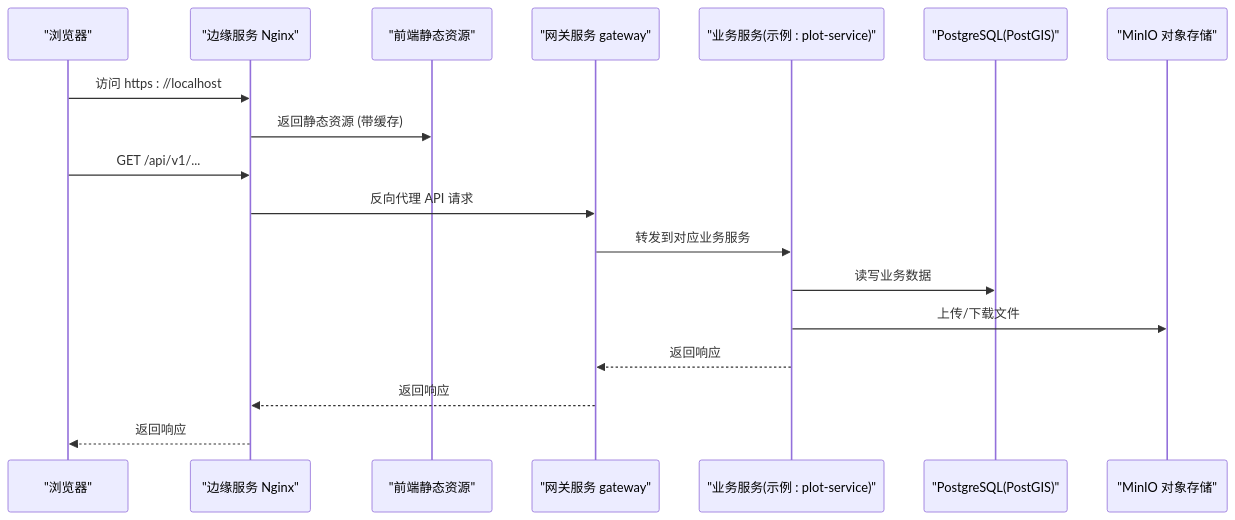
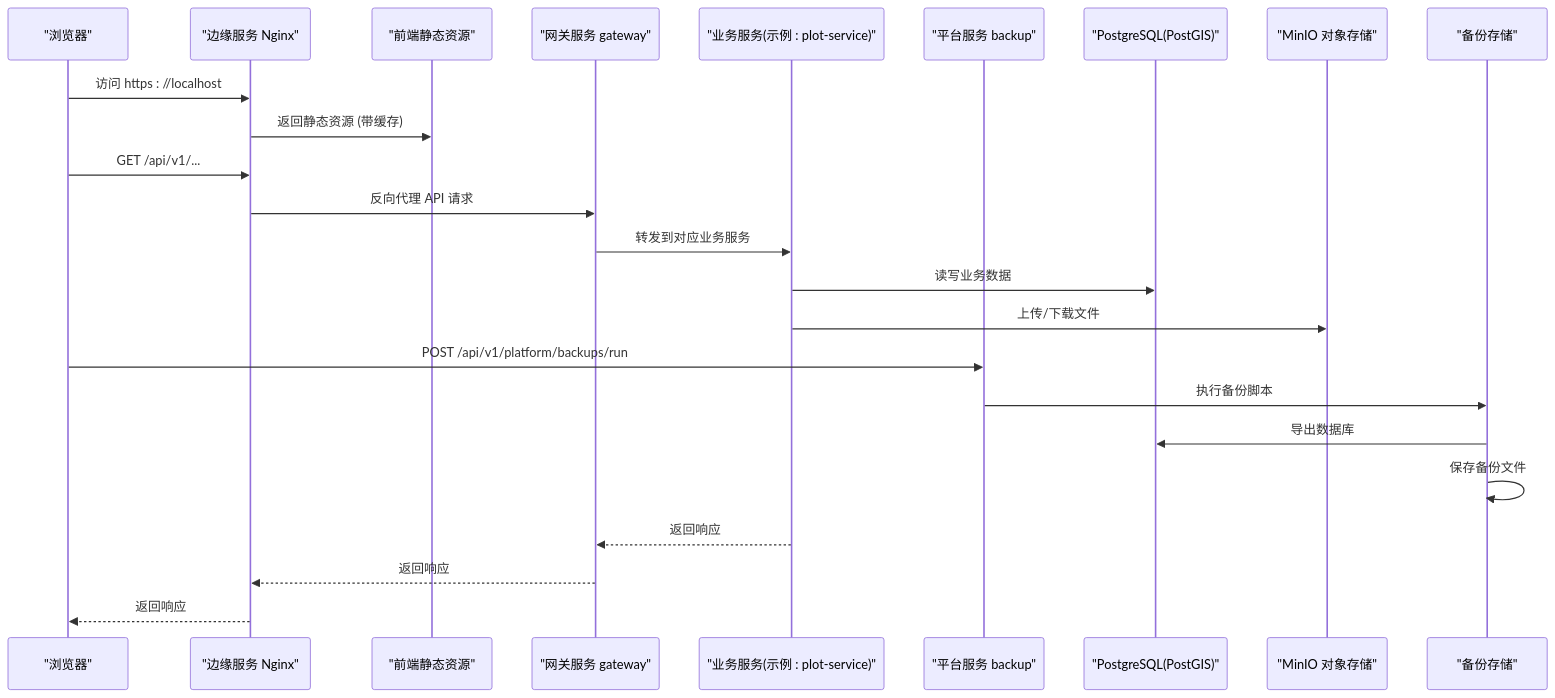
Before and after one commit to q446328246/agri-platform: the second of 4 diagrams in .qoder/repowiki/zh/content/部署运维/部署策略.md, drawn with Mermaid. The commit also changed other lines of this file and 49 other files, not shown here.

````diff
--- a/.qoder/repowiki/zh/content/部署运维/部署策略.md
+++ b/.qoder/repowiki/zh/content/部署运维/部署策略.md
@@ -114,20 +130,26 @@
 ```mermaid
 sequenceDiagram
 participant Browser as "浏览器"
 participant Edge as "边缘服务 Nginx"
 participant Web as "前端静态资源"
 participant Gateway as "网关服务 gateway"
 participant Biz as "业务服务(示例 : plot-service)"
+participant Platform as "平台服务 backup"
 participant DB as "PostgreSQL(PostGIS)"
 participant OSS as "MinIO 对象存储"
+participant Backup as "备份存储"
 Browser->>Edge : 访问 https : //localhost
 Edge->>Web : 返回静态资源 (带缓存)
 Browser->>Edge : GET /api/v1/...
 Edge->>Gateway : 反向代理 API 请求
 Gateway->>Biz : 转发到对应业务服务
 Biz->>DB : 读写业务数据
 Biz->>OSS : 上传/下载文件
+Browser->>Platform : POST /api/v1/platform/backups/run
+Platform->>Backup : 执行备份脚本
+Backup->>DB : 导出数据库
+Backup->>Backup : 保存备份文件
 Biz-->>Gateway : 返回响应
 Gateway-->>Edge : 返回响应
 Edge-->>Browser : 返回响应
 ```
````
